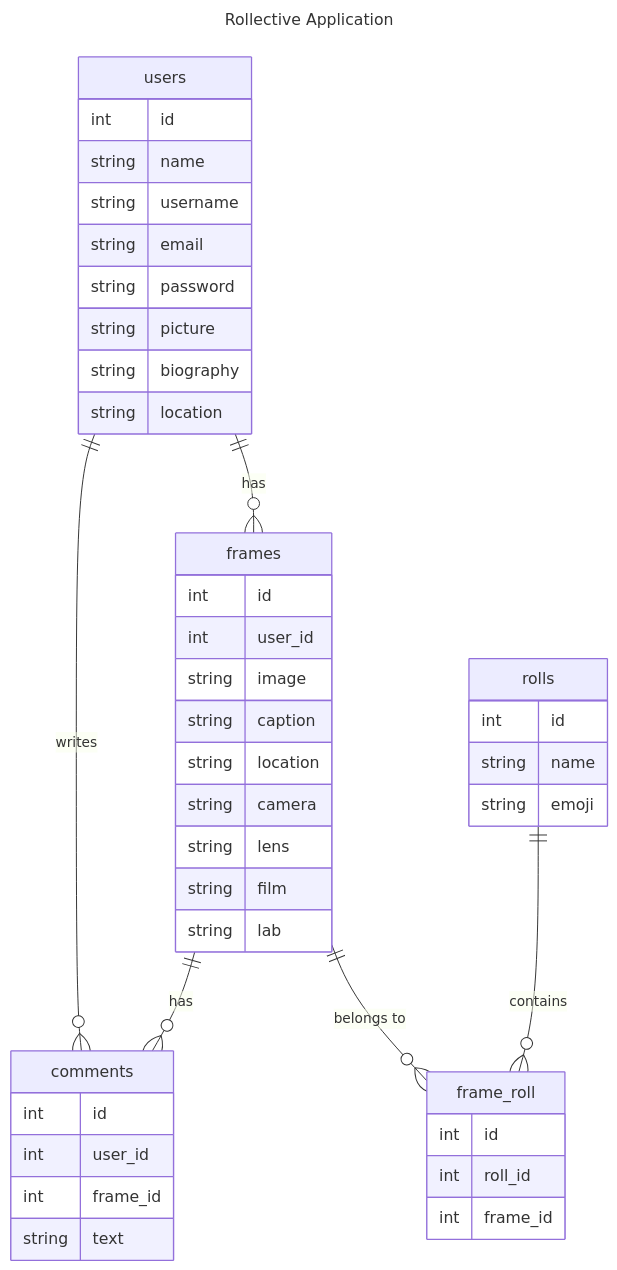
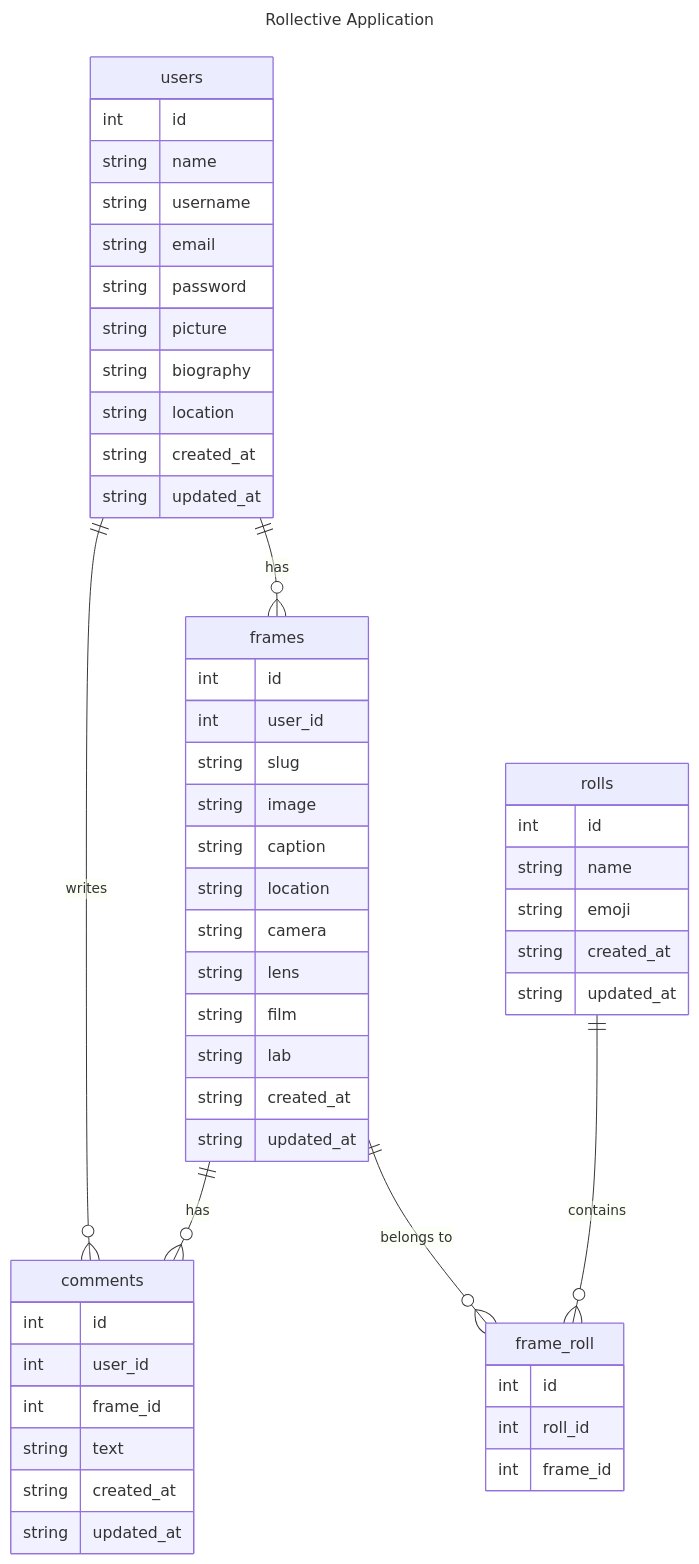
The diagram in _docs/misc/erd.mermaid (harbor-visuals/rollective-api), drawn with Mermaid before and after one commit. The commit also changed 3 other files, not shown here.

```diff
--- a/_docs/misc/erd.mermaid
+++ b/_docs/misc/erd.mermaid
@@ -1,51 +1,60 @@
 ---
 title: Rollective Application
 ---
 erDiagram
     users {
         int id
         string name
         string username
         string email
         string password
         string picture
         string biography
         string location
+        string created_at
+        string updated_at
     }
     
     frames {
         int id
         int user_id
+        string slug
         string image
         string caption
         string location
         string camera
         string lens
         string film
         string lab
+        string created_at
+        string updated_at
     }
     
     comments {
         int id
         int user_id
         int frame_id
         string text
+        string created_at
+        string updated_at        
     }
     
     rolls {
         int id
         string name
         string emoji
+        string created_at
+        string updated_at
     }
     
     frame_roll {
         int id
         int roll_id
         int frame_id
     }
     
     users ||--o{ frames : "has"
     users ||--o{ comments : "writes"
     frames ||--o{ comments : "has"
     frames ||--o{ frame_roll : "belongs to"
     rolls ||--o{ frame_roll : "contains"
```
